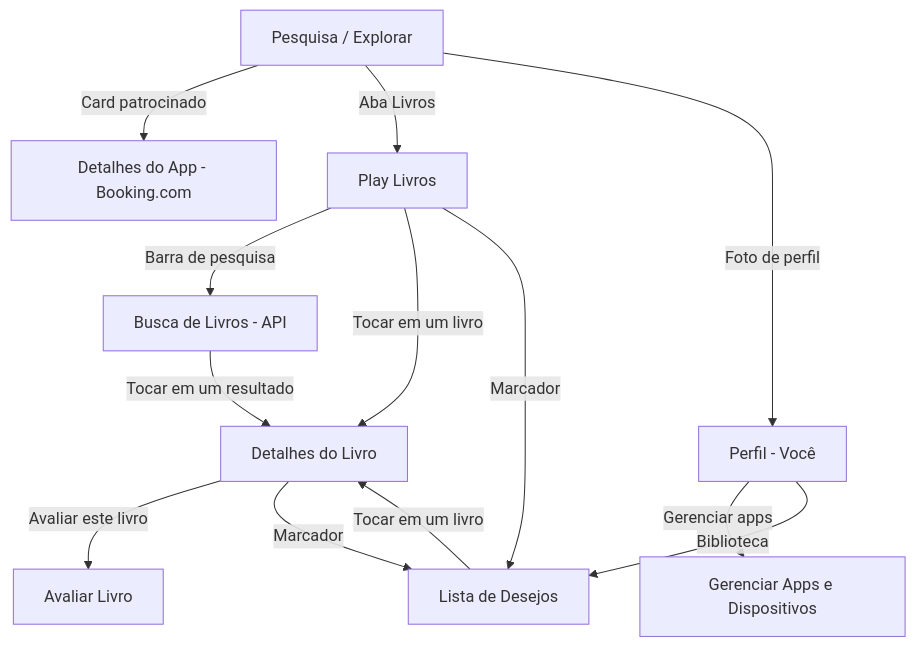
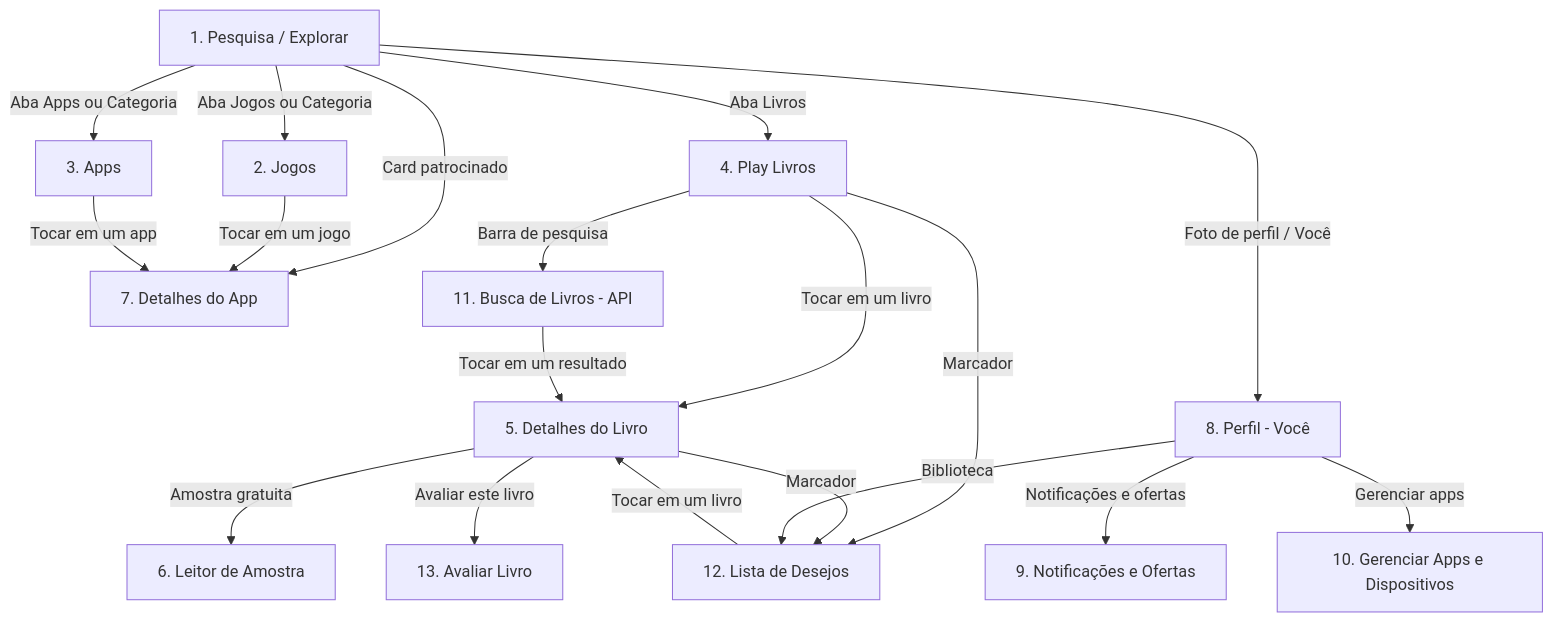
The diagram in README.md (pfFabio/trabHibrido), drawn with Mermaid before and after one commit. The commit also changed other lines of this file, not shown here.

Commit message:
docs: atualizar README com as 13 telas, novos servicos, cache offline e arquitetura

````diff
--- a/README.md
+++ b/README.md
@@ -24,18 +24,25 @@
 ```mermaid
 graph TD
-    A[Pesquisa / Explorar] -->|Card patrocinado| B[Detalhes do App - Booking.com]
-    A -->|Aba Livros| C[Play Livros]
-    A -->|Foto de perfil| D[Perfil - Você]
+    A[1. Pesquisa / Explorar] -->|Aba Jogos ou Categoria| J[2. Jogos]
+    A -->|Aba Apps ou Categoria| K[3. Apps]
+    A -->|Aba Livros| C[4. Play Livros]
+    A -->|Card patrocinado| B[7. Detalhes do App]
+    A -->|Foto de perfil / Você| D[8. Perfil - Você]
 
-    C -->|Barra de pesquisa| E[Busca de Livros - API]
-    C -->|Tocar em um livro| F[Detalhes do Livro]
-    C -->|Marcador| G[Lista de Desejos]
+    J -->|Tocar em um jogo| B
+    K -->|Tocar em um app| B
+
+    C -->|Barra de pesquisa| E[11. Busca de Livros - API]
+    C -->|Tocar em um livro| F[5. Detalhes do Livro]
+    C -->|Marcador| G[12. Lista de Desejos]
 
     E -->|Tocar em um resultado| F
-    F -->|Avaliar este livro| H[Avaliar Livro]
+    F -->|Amostra gratuita| L[6. Leitor de Amostra]
+    F -->|Avaliar este livro| H[13. Avaliar Livro]
     F -->|Marcador| G
     G -->|Tocar em um livro| F
 
-    D -->|Gerenciar apps| I[Gerenciar Apps e Dispositivos]
+    D -->|Notificações e ofertas| M[9. Notificações e Ofertas]
+    D -->|Gerenciar apps| I[10. Gerenciar Apps e Dispositivos]
     D -->|Biblioteca| G
 ```
````
